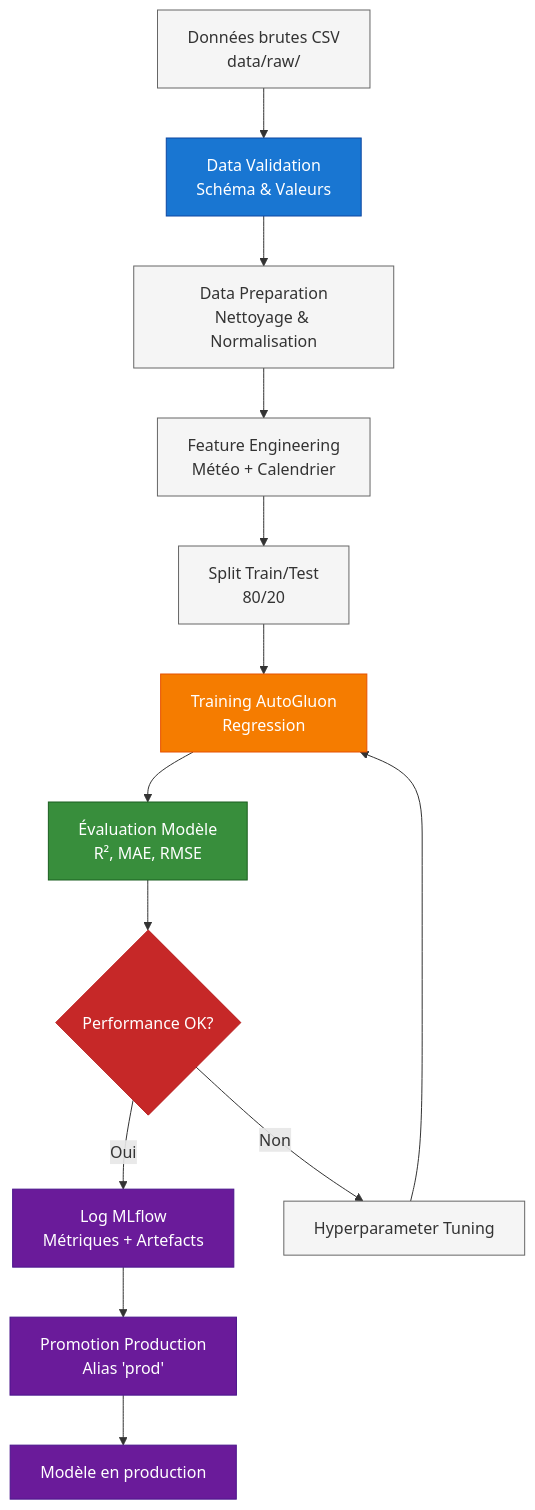
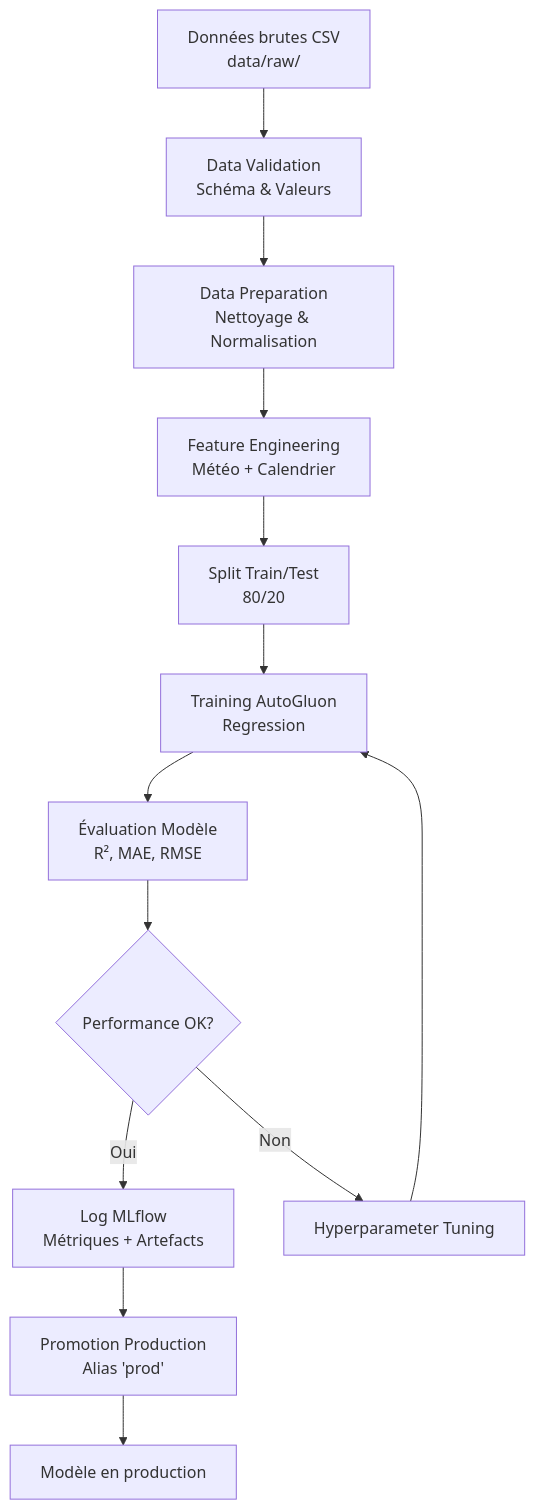
One commit to jinsudai/jinsudai changed the fourth of 21 diagrams in docs/ARCHITECTURE_MLOPS.md. Above: the diagram before and after it, drawn with Mermaid. The commit also changed other lines of this file, not shown here.

````diff
--- a/docs/ARCHITECTURE_MLOPS.md
+++ b/docs/ARCHITECTURE_MLOPS.md
@@ -193,28 +169,17 @@
 ```mermaid
 flowchart TD
-    classDef validation fill:#1976D2,stroke:#0D47A1,color:#fff
-    classDef training fill:#F57C00,stroke:#E65100,color:#fff
-    classDef evaluation fill:#388E3C,stroke:#1B5E20,color:#fff
-    classDef decision fill:#C62828,stroke:#B71C1C,color:#fff
-    classDef deployment fill:#6A1B9A,stroke:#4A148C,color:#fff
-    classDef default fill:#f5f5f5,stroke:#666,color:#333
 
     A[Données brutes CSV<br/>data/raw/] --> B[Data Validation<br/>Schéma & Valeurs]
     B --> C[Data Preparation<br/>Nettoyage & Normalisation]
     C --> D[Feature Engineering<br/>Météo + Calendrier]
     D --> E[Split Train/Test<br/>80/20]
     E --> F[Training AutoGluon<br/>Regression]
     F --> G[Évaluation Modèle<br/>R², MAE, RMSE]
     G --> H{Performance OK?}
     H -->|Oui| I[Log MLflow<br/>Métriques + Artefacts]
     H -->|Non| J[Hyperparameter Tuning]
     J --> F
     I --> K[Promotion Production<br/>Alias 'prod']
     K --> L[Modèle en production]
 
-    class B validation
-    class F training
-    class G evaluation
-    class H decision
-    class I,K,L deployment
 ```
````
